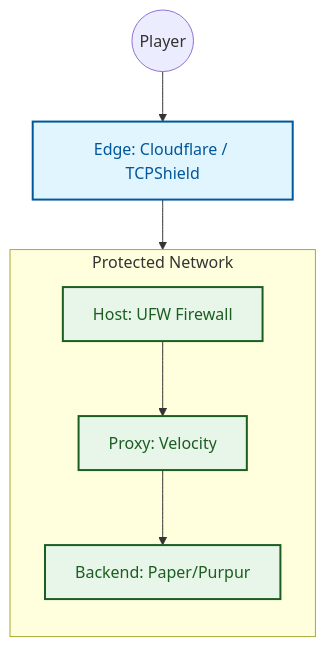
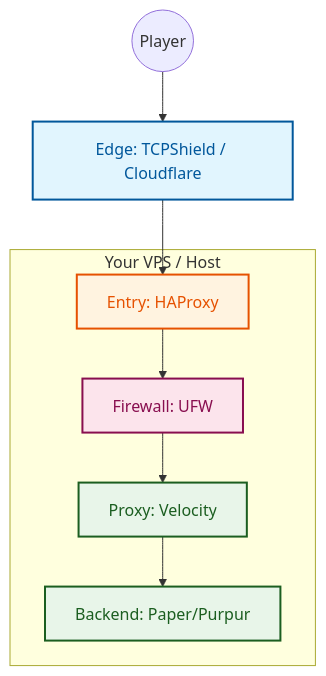
The diagram in docs/source/security.rst (Earth1283/OpenWiki), drawn with Mermaid before and after one commit. The commit also changed other lines of this file and 3 other files, not shown here.

```diff
--- a/docs/source/security.rst
+++ b/docs/source/security.rst
@@ -76,19 +76,21 @@
 .. mermaid::
 
    graph TD
-       Player((Player)) --> Edge[Edge: Cloudflare / TCPShield]
-       Edge --> FW[Host: UFW Firewall]
+       Player((Player)) --> Edge[Edge: TCPShield / Cloudflare]
+       Edge --> HA[Entry: HAProxy]
+       HA --> FW[Firewall: UFW]
        FW --> Proxy[Proxy: Velocity]
        Proxy --> Backend[Backend: Paper/Purpur]
        
-       subgraph Protected Network
-           direction TB
+       subgraph "Your VPS / Host"
+           HA
            FW
            Proxy
            Backend
        end
        
        style Edge fill:#e1f5fe,stroke:#01579b,stroke-width:2px,color:#01579b
-       style FW fill:#e8f5e9,stroke:#1b5e20,stroke-width:2px,color:#1b5e20
+       style HA fill:#fff3e0,stroke:#e65100,stroke-width:2px,color:#e65100
+       style FW fill:#fce4ec,stroke:#880e4f,stroke-width:2px,color:#880e4f
        style Proxy fill:#e8f5e9,stroke:#1b5e20,stroke-width:2px,color:#1b5e20
        style Backend fill:#e8f5e9,stroke:#1b5e20,stroke-width:2px,color:#1b5e20
```
